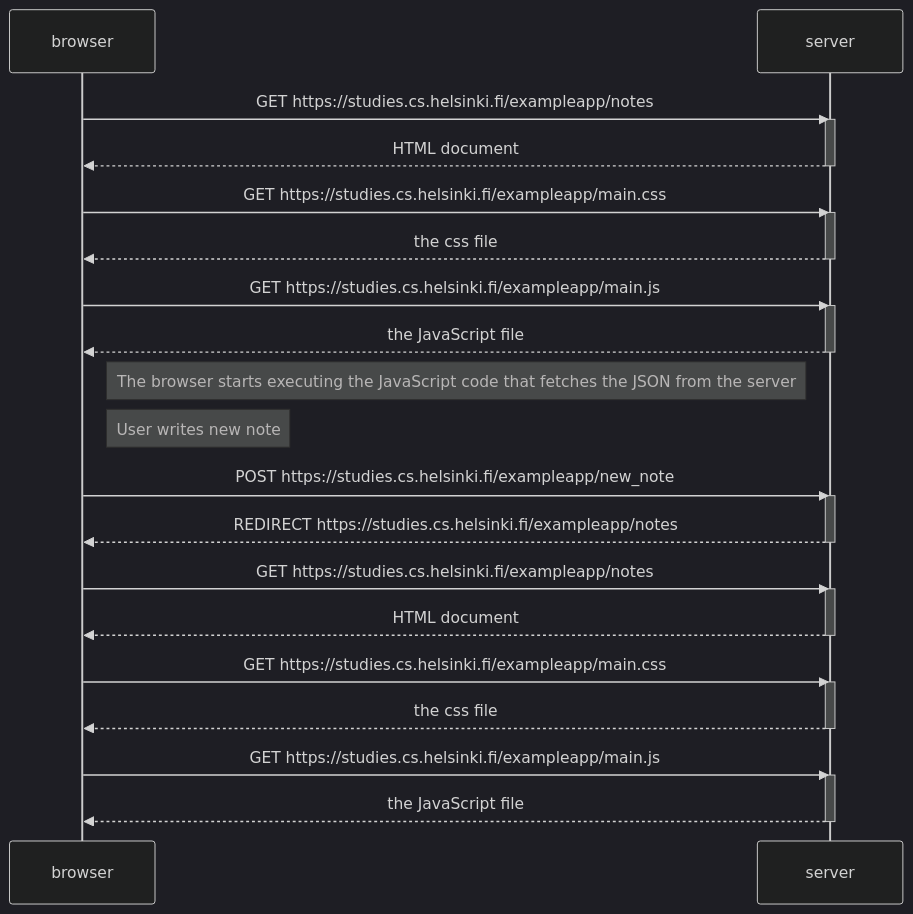
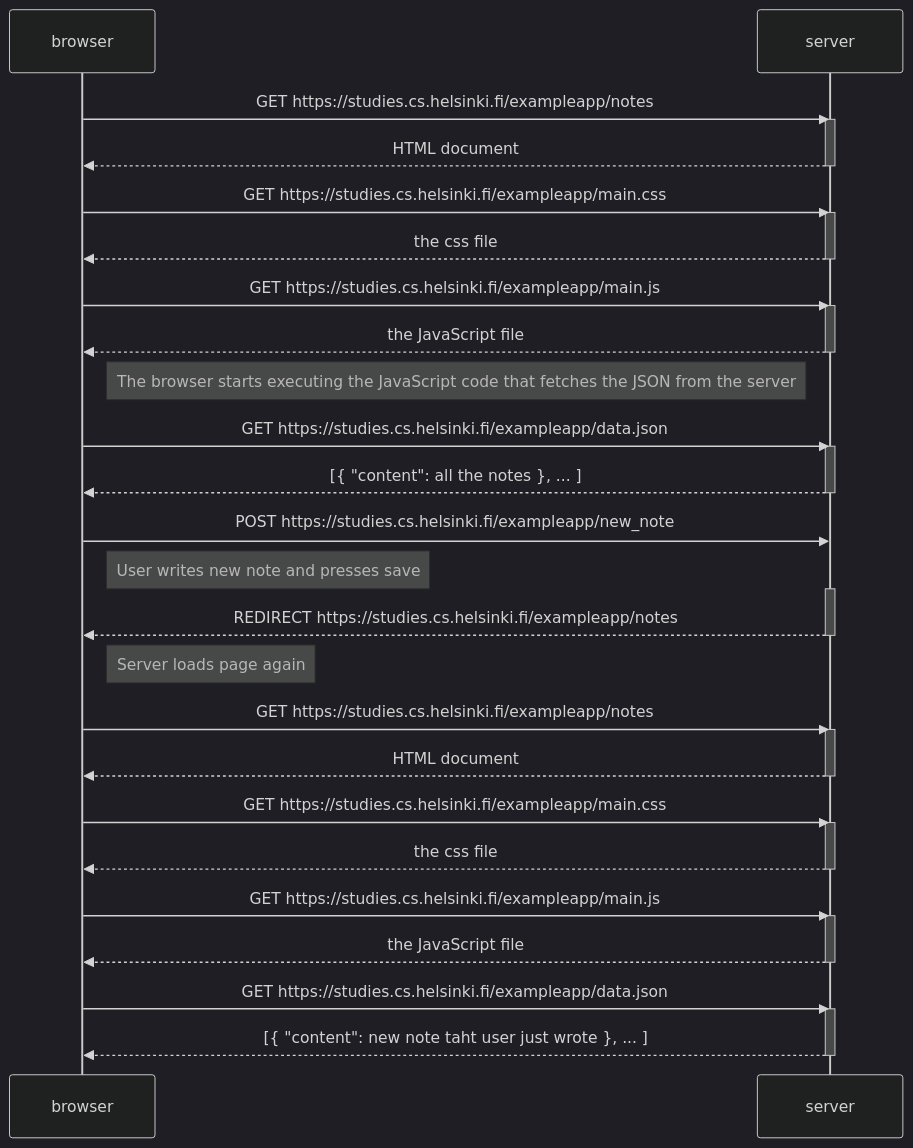
The diagram in 0.4.md (eppumelto/fullstackopen), drawn with Mermaid (dark theme) before and after one commit.

````diff
--- a/0.4.md
+++ b/0.4.md
@@ -1,45 +1,57 @@
 ```mermaid
 sequenceDiagram
     participant browser
     participant server
     
     browser->>server: GET https://studies.cs.helsinki.fi/exampleapp/notes
     activate server
     server-->>browser: HTML document
     deactivate server
     
     browser->>server: GET https://studies.cs.helsinki.fi/exampleapp/main.css
     activate server
     server-->>browser: the css file
     deactivate server
     
     browser->>server: GET https://studies.cs.helsinki.fi/exampleapp/main.js
     activate server
     server-->>browser: the JavaScript file
     deactivate server
     
     Note right of browser: The browser starts executing the JavaScript code that fetches the JSON from the server
 
-    Note right of browser: User writes new note
+    browser->>server: GET https://studies.cs.helsinki.fi/exampleapp/data.json
+    activate server
+    server-->>browser: [{ "content": all the notes }, ... ]
+    deactivate server    
+
+
     browser->>server: POST https://studies.cs.helsinki.fi/exampleapp/new_note
+    Note right of browser: User writes new note and presses save
     activate server
     server-->>browser: REDIRECT https://studies.cs.helsinki.fi/exampleapp/notes
     deactivate server
 
+    Note right of browser: Server loads page again
     browser->>server: GET https://studies.cs.helsinki.fi/exampleapp/notes
     activate server
     server-->>browser: HTML document
     deactivate server
 
     browser->>server: GET https://studies.cs.helsinki.fi/exampleapp/main.css
     activate server
     server-->>browser: the css file
     deactivate server
     
     browser->>server: GET https://studies.cs.helsinki.fi/exampleapp/main.js
     activate server
     server-->>browser: the JavaScript file
     deactivate server
 
+    browser->>server: GET https://studies.cs.helsinki.fi/exampleapp/data.json
+    activate server
+    server-->>browser: [{ "content": new note taht user just wrote }, ... ]
+    deactivate server    
+
 
 ```
````
